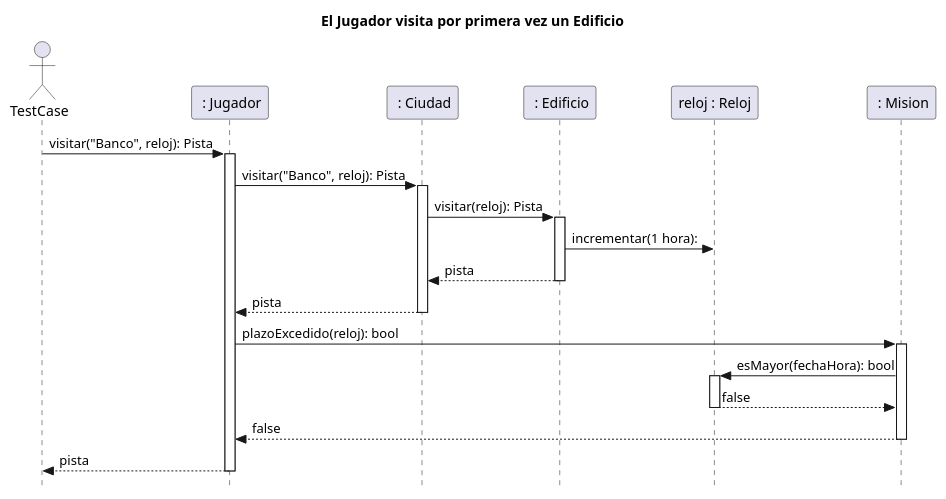
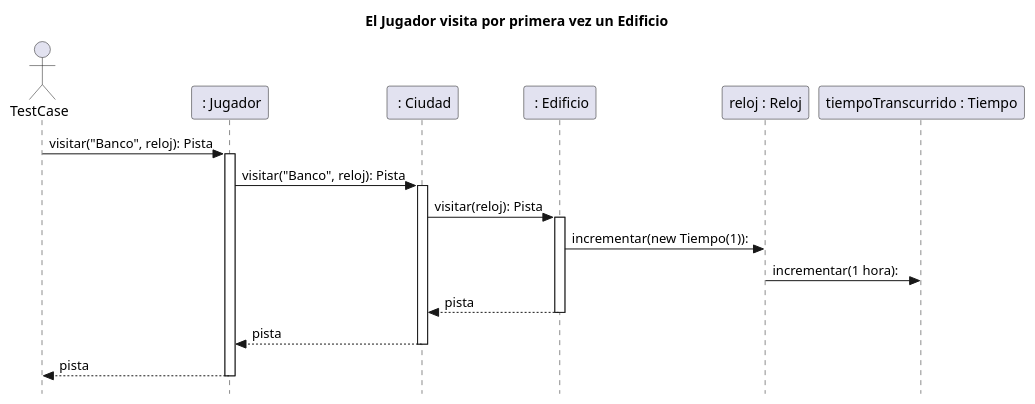
Before and after one commit to martinanus/algo3_tp2: the diagram in diagrams/sequences/JugadorEntraAUnEdificioPorPrimeraVez.puml, drawn with PlantUML. The commit also changed 2 other files, not shown here.

Commit message:
diagramas secuencia actualizados

```diff
--- a/diagrams/sequences/JugadorEntraAUnEdificioPorPrimeraVez.puml
+++ b/diagrams/sequences/JugadorEntraAUnEdificioPorPrimeraVez.puml
@@ -1,29 +1,25 @@
 @startuml
 skinparam style strictuml
 title:  El Jugador visita por primera vez un Edificio
 actor TestCase
 
 participant " : Jugador" as jugador
 participant " : Ciudad" as ciudad
 participant " : Edificio" as banco
 participant "reloj : Reloj" as reloj
-participant " : Mision" as mision
+participant "tiempoTranscurrido : Tiempo" as tiempo
+
 
 TestCase -> jugador: visitar("Banco", reloj): Pista
 activate jugador
 jugador -> ciudad: visitar("Banco", reloj): Pista
 activate ciudad
 ciudad -> banco: visitar(reloj): Pista
 activate banco
-banco -> reloj: incrementar(1 hora):
+banco -> reloj: incrementar(new Tiempo(1)):
+reloj -> tiempo: incrementar(1 hora):
 return pista
 return pista
-jugador -> mision: plazoExcedido(reloj): bool
-activate mision
-mision -> reloj: esMayor(fechaHora): bool
-activate reloj
-return false
-return false
 return pista
 
 @enduml
```
